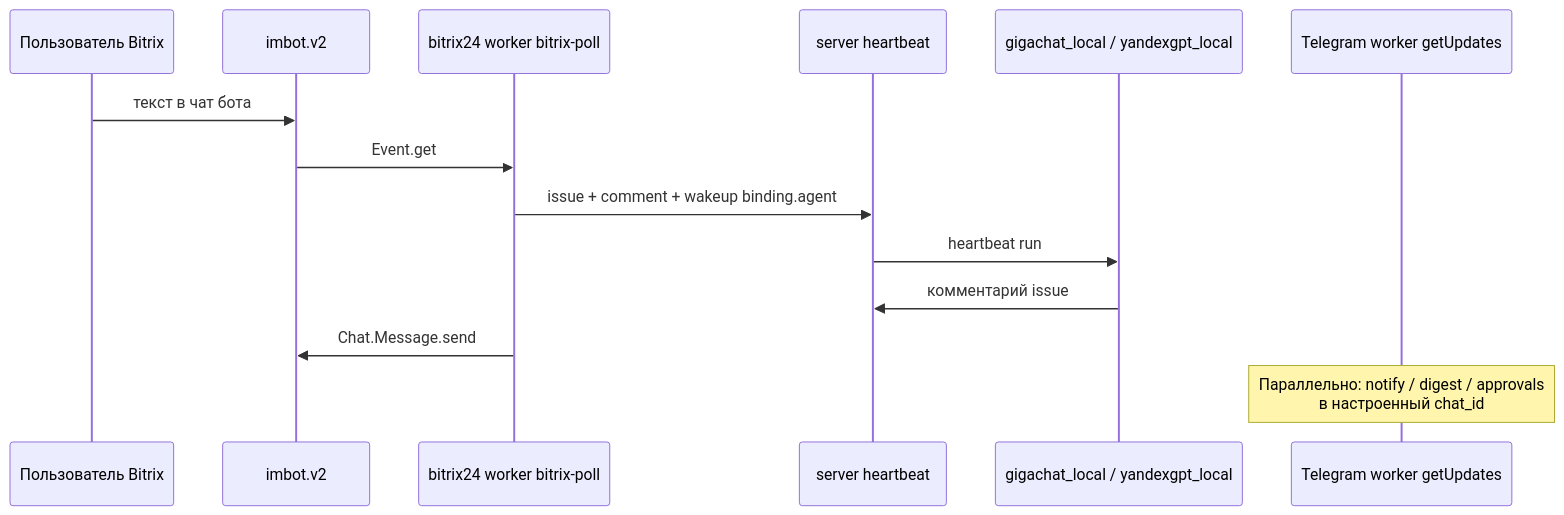
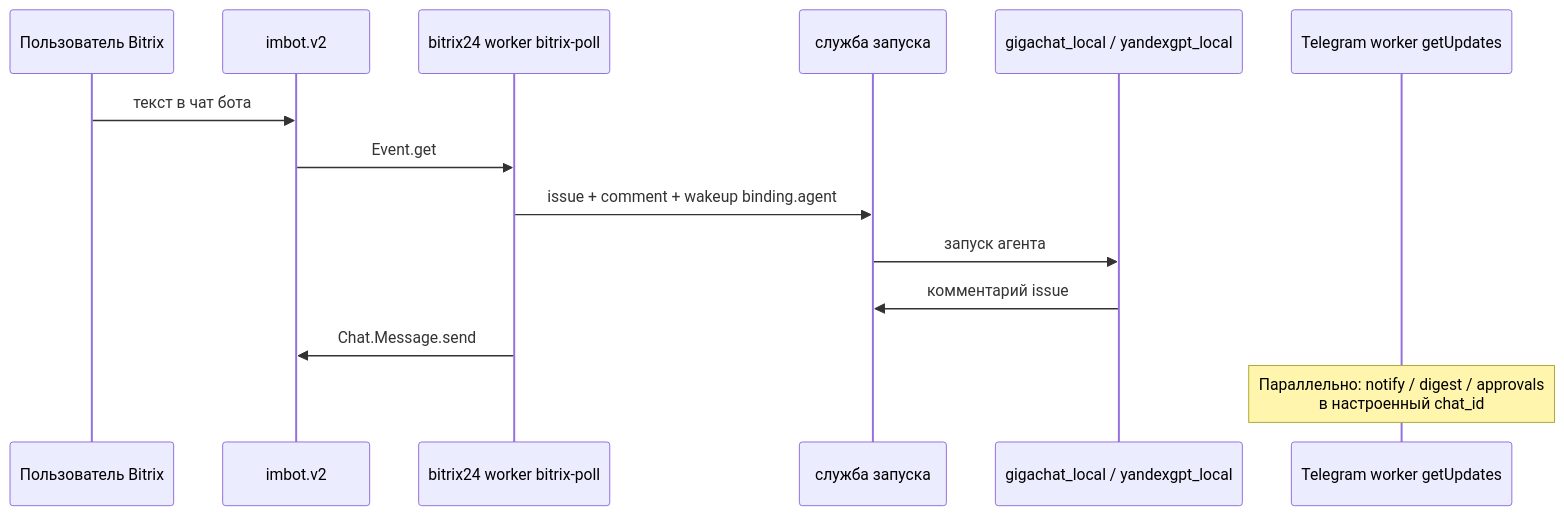
Before and after one commit to Dmitriion/datagent-docs: the diagram in docs/tutorials/automate-crm.md, drawn with Mermaid. The commit also changed other lines of this file and 66 other files, not shown here.

````diff
--- a/docs/tutorials/automate-crm.md
+++ b/docs/tutorials/automate-crm.md
@@ -71,16 +71,16 @@
 ```mermaid
 sequenceDiagram
   participant U as Пользователь Bitrix
   participant B24 as imbot.v2
   participant W as bitrix24 worker bitrix-poll
-  participant S as server heartbeat
+  participant S as служба запуска
   participant A as gigachat_local / yandexgpt_local
   participant TG as Telegram worker getUpdates
   U->>B24: текст в чат бота
   B24->>W: Event.get
   W->>S: issue + comment + wakeup binding.agent
-  S->>A: heartbeat run
+  S->>A: запуск агента
   A->>S: комментарий issue
   W->>B24: Chat.Message.send
   Note over TG: Параллельно: notify / digest / approvals<br/>в настроенный chat_id
 ```
````
